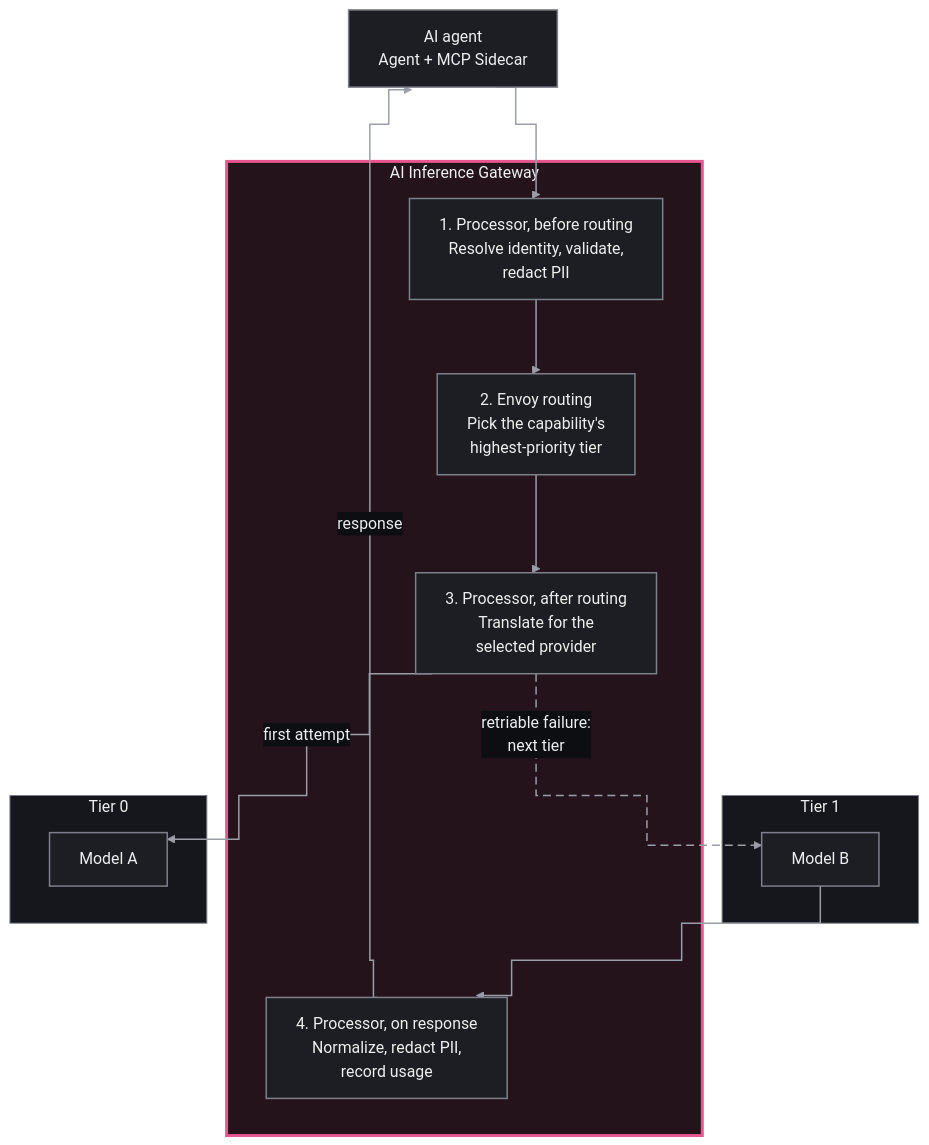
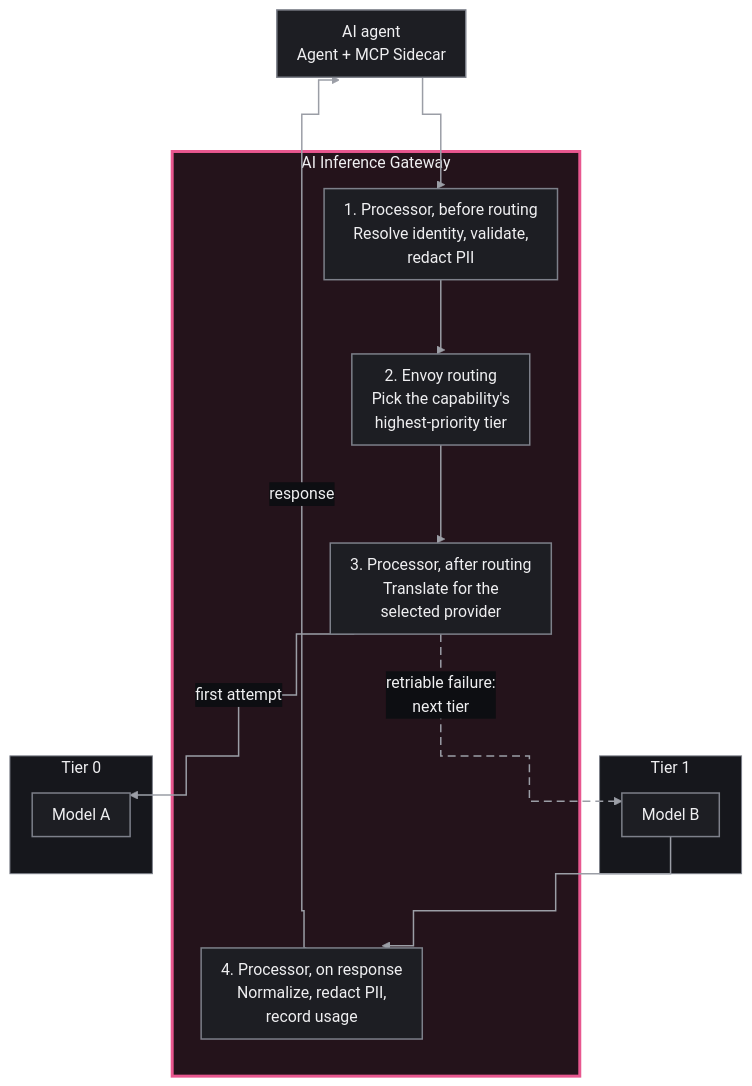
The diagram in content/consul/v2.1.x/diagram-sources/model-access-workflow_dark.mmd (hashicorp/web-unified-docs), drawn with Mermaid before and after one commit. The commit also changed 32 other files, not shown here.

First line of the commit message:
Fit the architecture diagrams to the content column

```diff
--- a/content/consul/v2.1.x/diagram-sources/model-access-workflow_dark.mmd
+++ b/content/consul/v2.1.x/diagram-sources/model-access-workflow_dark.mmd
@@ -1,30 +1,31 @@
-%%{init: {"theme":"base","fontFamily":"Helvetica, Arial, sans-serif","flowchart":{"curve":"step","nodeSpacing":60,"rankSpacing":75,"htmlLabels":true},"themeVariables":{"fontFamily":"Helvetica, Arial, sans-serif","fontSize":"16px","background":"#0d0e12","primaryColor":"#1d1e23","primaryBorderColor":"#7d808a","primaryTextColor":"#efeff1","lineColor":"#9b9ea6","clusterBkg":"#16171c","clusterBorder":"#7d808a","titleColor":"#efeff1","edgeLabelBackground":"#0d0e12","actorBkg":"#1d1e23","actorBorder":"#e8578f","actorTextColor":"#efeff1","actorLineColor":"#7d808a","signalColor":"#9b9ea6","signalTextColor":"#efeff1","noteBkgColor":"#16171c","noteBorderColor":"#7d808a","noteTextColor":"#efeff1","activationBkgColor":"#24131b","activationBorderColor":"#b5527f","sequenceNumberColor":"#0d0e12"},"sequence":{"mirrorActors":false,"width":220,"actorMargin":50,"messageMargin":50,"boxMargin":10,"noteMargin":12,"wrap":true}}}%%
+%%{init: {"theme":"base","fontFamily":"Helvetica, Arial, sans-serif","flowchart":{"curve":"step","nodeSpacing":60,"rankSpacing":75,"htmlLabels":true},"themeVariables":{"fontFamily":"Helvetica, Arial, sans-serif","fontSize":"16px","background":"#0d0e12","primaryColor":"#1d1e23","primaryBorderColor":"#7d808a","primaryTextColor":"#efeff1","lineColor":"#9b9ea6","clusterBkg":"#16171c","clusterBorder":"#7d808a","titleColor":"#efeff1","edgeLabelBackground":"#0d0e12","actorBkg":"#1d1e23","actorBorder":"#e8578f","actorTextColor":"#efeff1","actorLineColor":"#7d808a","signalColor":"#9b9ea6","signalTextColor":"#efeff1","noteBkgColor":"#16171c","noteBorderColor":"#7d808a","noteTextColor":"#efeff1","activationBkgColor":"#24131b","activationBorderColor":"#b5527f","sequenceNumberColor":"#0d0e12"},"sequence":{"mirrorActors":false,"width":130,"actorMargin":20,"messageMargin":45,"boxMargin":10,"noteMargin":12,"wrap":true,"actorFontSize":15,"messageFontSize":15}}}%%
+%%{init: {"flowchart":{"nodeSpacing":25,"padding":10}}}%%
 flowchart TB
   agent["AI agent<br/>Agent + MCP Sidecar"]
   subgraph igw["AI Inference Gateway"]
     pre["1. Processor, before routing<br/>Resolve identity, validate,<br/>redact PII"]
     route["2. Envoy routing<br/>Pick the capability's<br/>highest-priority tier"]
     post["3. Processor, after routing<br/>Translate for the<br/>selected provider"]
     resp["4. Processor, on response<br/>Normalize, redact PII,<br/>record usage"]
   end
   subgraph tier1["Tier 1"]
     modelb["Model B"]
   end
   subgraph tier0["Tier 0"]
     modela["Model A"]
   end
 
   agent --> pre
   pre --> route
   route --> post
   post -->|first attempt| modela
   post -->|retriable failure:<br/>next tier| modelb
   modelb --> resp
   resp -->|response| agent
 
   classDef default fill:#1d1e23,stroke:#7d808a,stroke-width:1.5px,color:#efeff1
   style igw fill:#24131b,stroke:#e8578f,stroke-width:3px,color:#efeff1
   style tier0 fill:#16171c,stroke:#7d808a,stroke-width:1px,color:#efeff1
   style tier1 fill:#16171c,stroke:#7d808a,stroke-width:1px,color:#efeff1
   linkStyle 0,1,2,3,5,6 stroke:#9b9ea6,stroke-width:1.5px
   linkStyle 4 stroke:#9b9ea6,stroke-width:1.5px,stroke-dasharray:8 5
```
